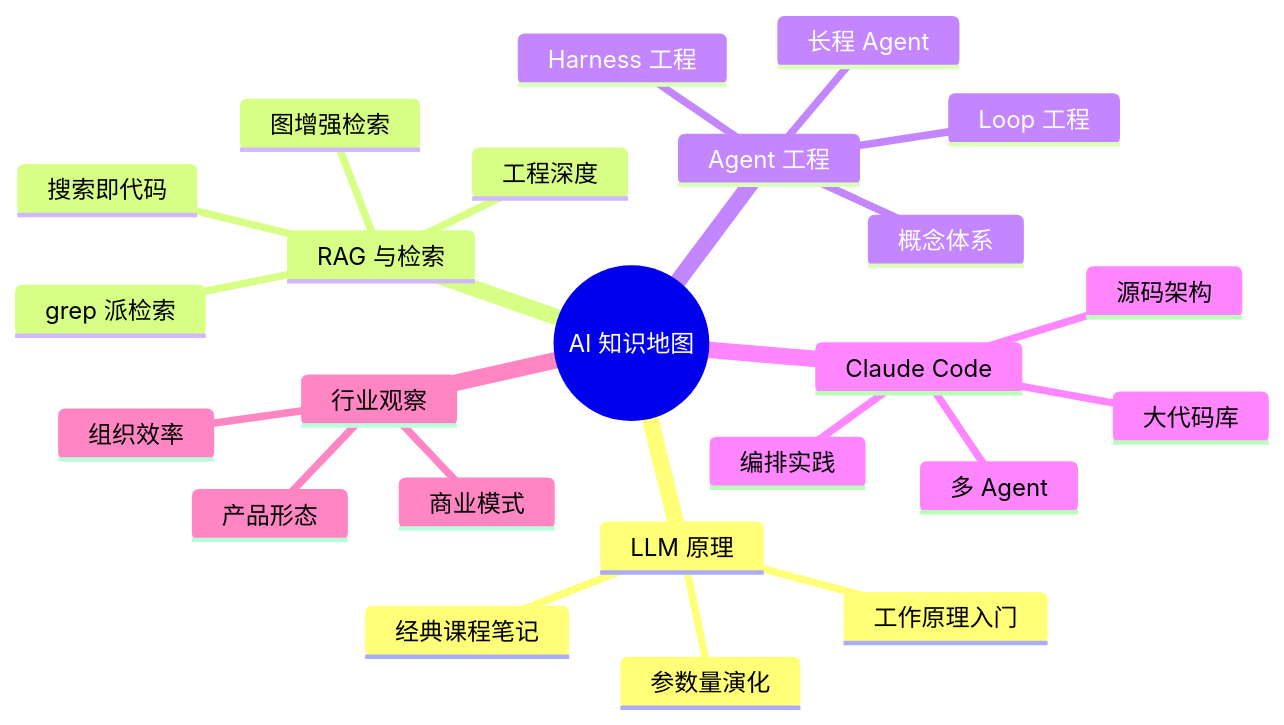
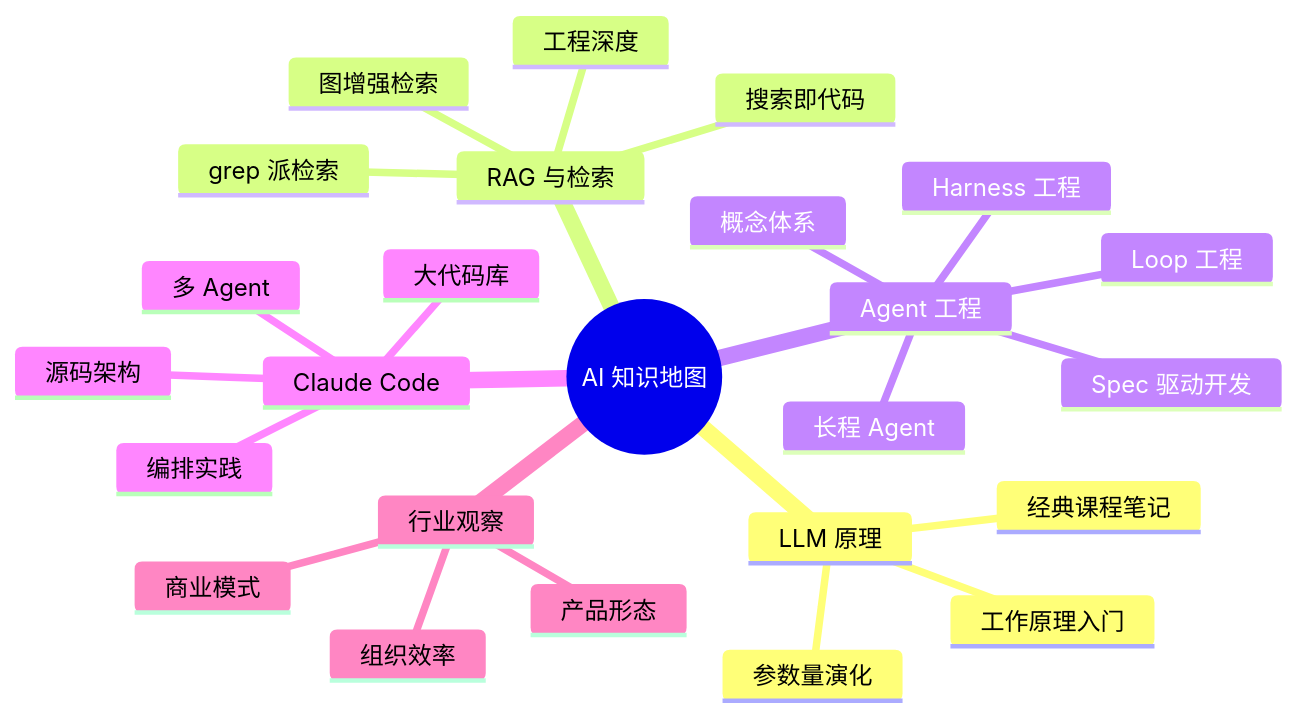
The diagram in _wiki/ai-llm-agent.md (puppylpg/puppylpg.github.io), drawn with Mermaid before and after one commit. The commit also changed other lines of this file and 1 other file, not shown here.

Commit message:
docs: publish Spec Kit workflow guide to Tech

````diff
--- a/_wiki/ai-llm-agent.md
+++ b/_wiki/ai-llm-agent.md
@@ -25,27 +25,28 @@
 ```mermaid
 mindmap
   root((AI 知识地图))
     LLM 原理
       工作原理入门
       参数量演化
       经典课程笔记
     RAG 与检索
       工程深度
       图增强检索
       grep 派检索
       搜索即代码
     Agent 工程
       概念体系
       Harness 工程
       Loop 工程
       长程 Agent
+      Spec 驱动开发
     Claude Code
       源码架构
       多 Agent
       大代码库
       编排实践
     行业观察
       产品形态
       商业模式
       组织效率
 ```
````
